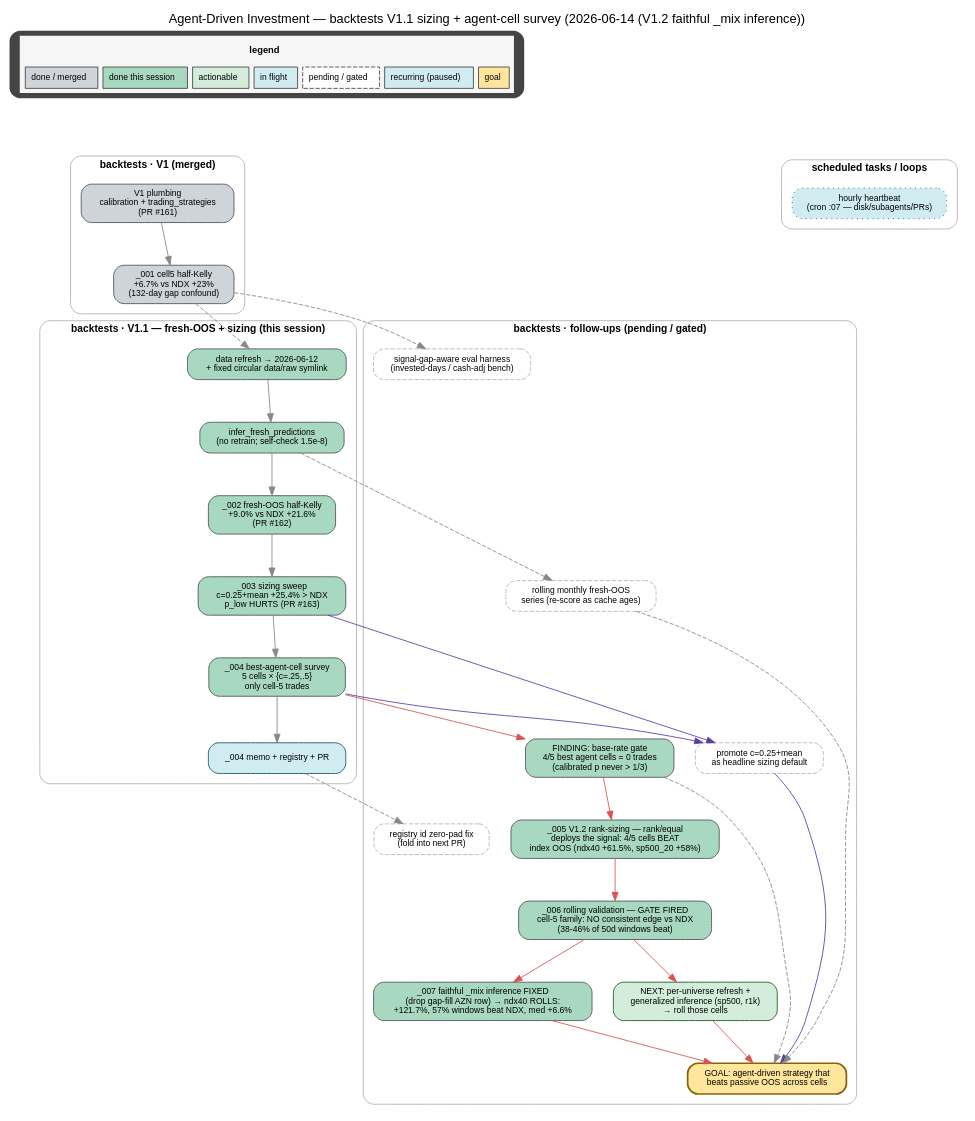
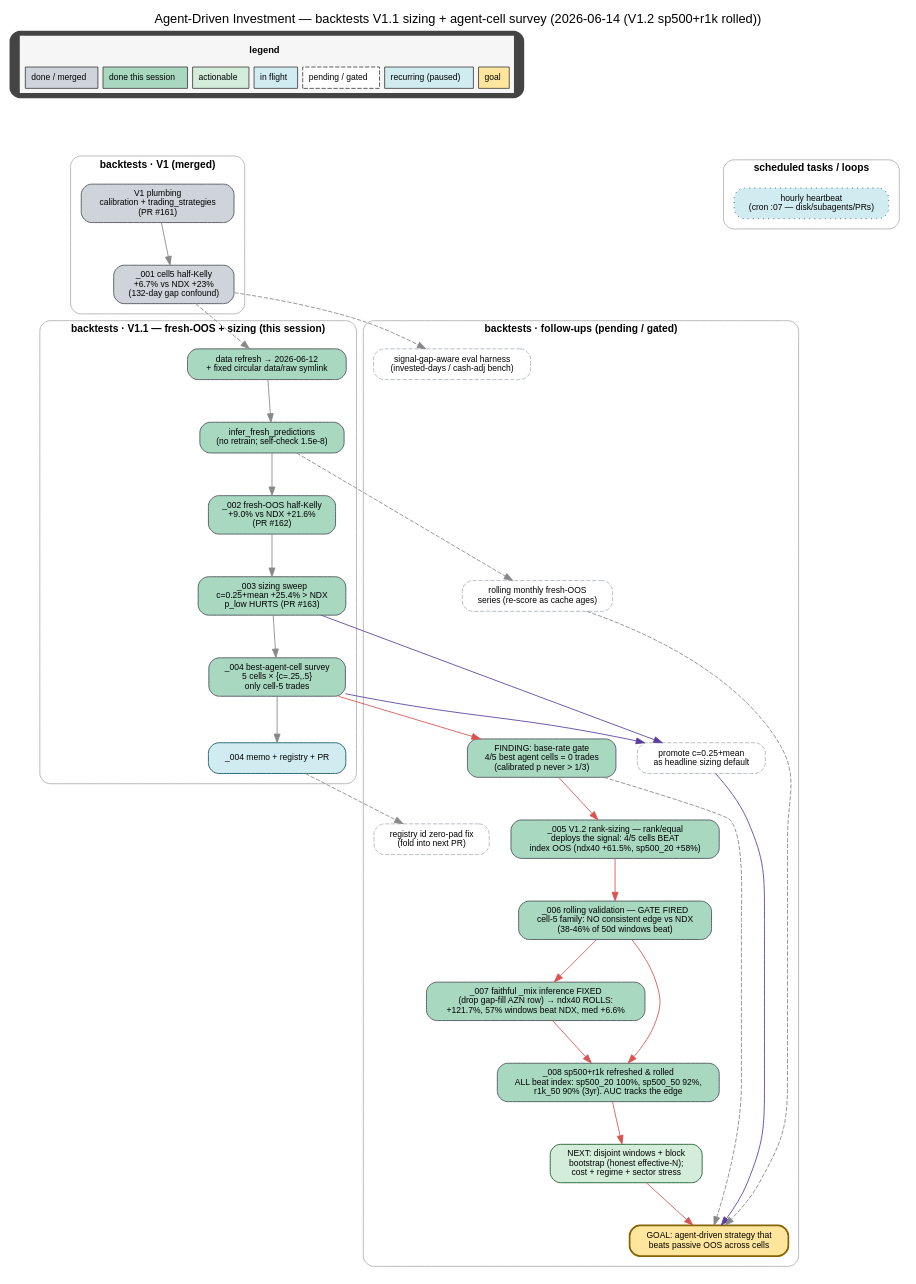
Before and after one commit to shayanrc/agent-driven-investment: the diagram in docs/backtests/figs/deps_graph.dot, drawn with Graphviz. The commit also changed 15 other files, not shown here.

```diff
--- a/docs/backtests/figs/deps_graph.dot
+++ b/docs/backtests/figs/deps_graph.dot
@@ -1,96 +1,98 @@
 digraph deps {
   rankdir=TB;
   newrank=true;
   graph [fontname="Helvetica", bgcolor="white", splines=true, nodesep=0.35, ranksep=0.7,
          labelloc="t", fontsize=15,
-         label="Agent-Driven Investment — backtests V1.1 sizing + agent-cell survey (2026-06-14 (V1.2 faithful _mix inference))"];
+         label="Agent-Driven Investment — backtests V1.1 sizing + agent-cell survey (2026-06-14 (V1.2 sp500+r1k rolled))"];
   node [shape=box, style="rounded,filled", fontname="Helvetica", fontsize=10, margin="0.16,0.09", color="#444444"];
   edge [fontname="Helvetica", fontsize=8, color="#888888"];
 
   /* ---------- legend ---------- */
   legend [shape=plaintext, label=<
     <TABLE BORDER="0" CELLBORDER="1" CELLSPACING="6" CELLPADDING="6" BGCOLOR="#f6f6f6">
       <TR><TD COLSPAN="7" BORDER="0"><FONT FACE="Helvetica" POINT-SIZE="11"><B>legend</B></FONT></TD></TR>
       <TR>
         <TD BGCOLOR="#ced4da"><FONT FACE="Helvetica" POINT-SIZE="10">done / merged</FONT></TD>
         <TD BGCOLOR="#a8d8c0"><FONT FACE="Helvetica" POINT-SIZE="10">done this session</FONT></TD>
         <TD BGCOLOR="#d4edda"><FONT FACE="Helvetica" POINT-SIZE="10">actionable</FONT></TD>
         <TD BGCOLOR="#d1ecf1"><FONT FACE="Helvetica" POINT-SIZE="10">in flight</FONT></TD>
         <TD BGCOLOR="#ffffff" STYLE="dashed"><FONT FACE="Helvetica" POINT-SIZE="10">pending / gated</FONT></TD>
         <TD BGCOLOR="#d1ecf1"><FONT FACE="Helvetica" POINT-SIZE="10">recurring (paused)</FONT></TD>
         <TD BGCOLOR="#ffe69c"><FONT FACE="Helvetica" POINT-SIZE="10">goal</FONT></TD>
       </TR>
     </TABLE>
   >];
   spacer_L [shape=point, width=0.01, style=invis];
   spacer_C [shape=point, width=0.01, style=invis];
   spacer_R [shape=point, width=0.01, style=invis];
   {rank=min;  legend;}
   {rank=same; spacer_L; spacer_C; spacer_R;}
   legend -> spacer_L [style=invis, weight=1];
   legend -> spacer_C [style=invis, weight=100];
   legend -> spacer_R [style=invis, weight=1];
 
   /* ---------- cluster: V1 (merged) ---------- */
   subgraph cluster_v1 { label="backtests · V1 (merged)"; labelloc="t"; fontsize=12; fontname="Helvetica-Bold"; style="rounded"; color="#b0b0b0"; margin=12;
     PLUMBING [label="V1 plumbing\ncalibration + trading_strategies\n(PR #161)", fillcolor="#ced4da", color="#495057"];
     M001 [label="_001 cell5 half-Kelly\n+6.7% vs NDX +23%\n(132-day gap confound)", fillcolor="#ced4da", color="#495057"];
   }
 
   /* ---------- cluster: V1.1 this session ---------- */
   subgraph cluster_session { label="backtests · V1.1 — fresh-OOS + sizing (this session)"; labelloc="t"; fontsize=12; fontname="Helvetica-Bold"; style="rounded"; color="#b0b0b0"; margin=12;
     REFRESH [label="data refresh → 2026-06-12\n+ fixed circular data/raw symlink", fillcolor="#a8d8c0", color="#495057"];
     INFER [label="infer_fresh_predictions\n(no retrain; self-check 1.5e-8)", fillcolor="#a8d8c0", color="#495057"];
     M002 [label="_002 fresh-OOS half-Kelly\n+9.0% vs NDX +21.6%\n(PR #162)", fillcolor="#a8d8c0", color="#495057"];
     M003 [label="_003 sizing sweep\nc=0.25+mean +25.4% > NDX\np_low HURTS (PR #163)", fillcolor="#a8d8c0", color="#495057"];
     M004 [label="_004 best-agent-cell survey\n5 cells × {c=.25,.5}\nonly cell-5 trades", fillcolor="#a8d8c0", color="#495057"];
     M004DOC [label="_004 memo + registry + PR", fillcolor="#d1ecf1", color="#0c5460"];
   }
 
   /* ---------- cluster: follow-ups (pending) ---------- */
   subgraph cluster_follow { label="backtests · follow-ups (pending / gated)"; labelloc="t"; fontsize=12; fontname="Helvetica-Bold"; style="rounded"; color="#b0b0b0"; margin=12;
     PROMOTE [label="promote c=0.25+mean\nas headline sizing default", fillcolor="#ffffff", color="#adb5bd", style="rounded,filled,dashed"];
     BREAKEVEN [label="FINDING: base-rate gate\n4/5 best agent cells = 0 trades\n(calibrated p never > 1/3)", fillcolor="#a8d8c0", color="#495057"];
     RANKSIZE [label="_005 V1.2 rank-sizing — rank/equal\ndeploys the signal: 4/5 cells BEAT\nindex OOS (ndx40 +61.5%, sp500_20 +58%)", fillcolor="#a8d8c0", color="#495057"];
     ROLLVAL [label="_006 rolling validation — GATE FIRED\ncell-5 family: NO consistent edge vs NDX\n(38-46% of 50d windows beat)", fillcolor="#a8d8c0", color="#495057"];
     FAITHFUL [label="_007 faithful _mix inference FIXED\n(drop gap-fill AZN row) → ndx40 ROLLS:\n+121.7%, 57% windows beat NDX, med +6.6%", fillcolor="#a8d8c0", color="#495057"];
-    UNIREFRESH [label="NEXT: per-universe refresh +\ngeneralized inference (sp500, r1k)\n→ roll those cells", fillcolor="#d4edda", color="#155724"];
+    UNIREFRESH [label="_008 sp500+r1k refreshed & rolled\nALL beat index: sp500_20 100%, sp500_50 92%,\nr1k_50 90% (3yr). AUC tracks the edge", fillcolor="#a8d8c0", color="#495057"];
+    BOOTSTRAP [label="NEXT: disjoint windows + block\nbootstrap (honest effective-N);\ncost + regime + sector stress", fillcolor="#d4edda", color="#155724"];
     ROLLING [label="rolling monthly fresh-OOS\nseries (re-score as cache ages)", fillcolor="#ffffff", color="#adb5bd", style="rounded,filled,dashed"];
     GAPEVAL [label="signal-gap-aware eval harness\n(invested-days / cash-adj bench)", fillcolor="#ffffff", color="#adb5bd", style="rounded,filled,dashed"];
     IDFIX [label="registry id zero-pad fix\n(fold into next PR)", fillcolor="#ffffff", color="#adb5bd", style="rounded,filled,dashed"];
     GOAL [label="GOAL: agent-driven strategy that\nbeats passive OOS across cells", fillcolor="#ffe69c", color="#856404", penwidth=2];
   }
 
   /* ---------- cluster: scheduled ---------- */
   subgraph cluster_sched { label="scheduled tasks / loops"; labelloc="t"; fontsize=12; fontname="Helvetica-Bold"; style="rounded"; color="#b0b0b0"; margin=12;
     WAKE [label="hourly heartbeat\n(cron :07 — disk/subagents/PRs)", fillcolor="#d1ecf1", color="#0c5460", style="rounded,filled,dotted"];
   }
 
   /* anchors: every cluster top node pulled from a spacer */
   spacer_L -> PLUMBING [style=invis, weight=100];
   spacer_C -> REFRESH  [style=invis, weight=100];
   spacer_R -> PROMOTE  [style=invis, weight=100];
   spacer_R -> WAKE     [style=invis, weight=20];
 
   /* ---------- dependency edges ---------- */
   PLUMBING -> M001;
   M001 -> REFRESH [style=dashed];
   REFRESH -> INFER -> M002 -> M003;
   M003 -> M004;
   M004 -> M004DOC;
   M003 -> PROMOTE [color="#5a3e9e"];
   M004 -> PROMOTE [color="#5a3e9e"];
   M004 -> BREAKEVEN [color="#d9534f"];
   BREAKEVEN -> RANKSIZE [color="#d9534f"];
   RANKSIZE -> ROLLVAL [color="#d9534f"];
   ROLLVAL -> FAITHFUL [color="#d9534f"];
   ROLLVAL -> UNIREFRESH [color="#d9534f"];
-  FAITHFUL -> GOAL [color="#d9534f"];
-  UNIREFRESH -> GOAL [color="#d9534f"];
+  FAITHFUL -> UNIREFRESH [color="#d9534f"];
+  UNIREFRESH -> BOOTSTRAP [color="#d9534f"];
+  BOOTSTRAP -> GOAL [color="#d9534f"];
   INFER -> ROLLING [style=dashed];
   M001 -> GAPEVAL [style=dashed];
   M004DOC -> IDFIX [style=dashed];
   PROMOTE -> GOAL [color="#5a3e9e"];
   ROLLING -> GOAL [style=dashed];
   BREAKEVEN -> GOAL [style=dashed];
 }
```
